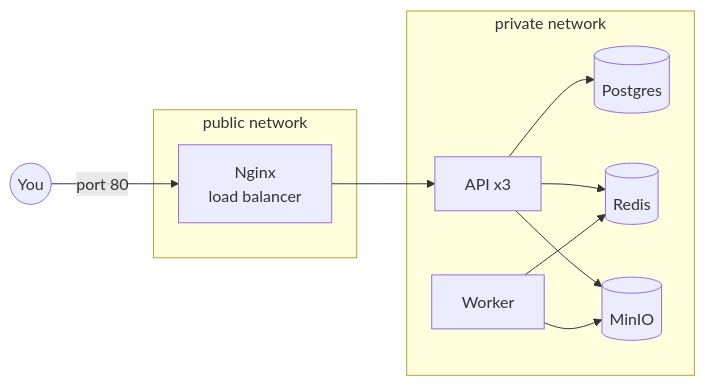
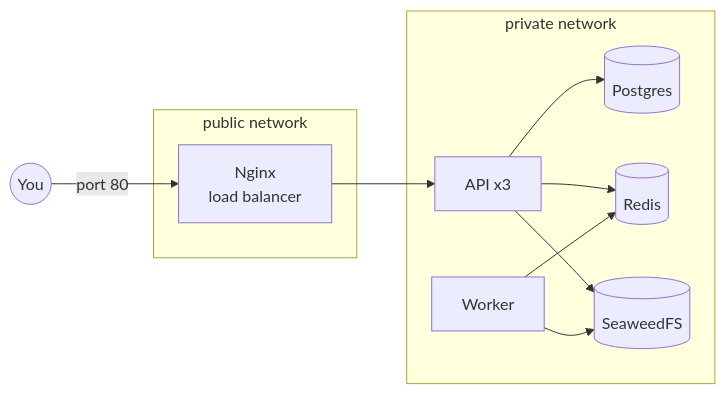
The diagram in docs/labs/00-setup.md (moncef2k/aws-local-lab), drawn with Mermaid before and after one commit. The commit also changed other lines of this file and 7 other files, not shown here.

Commit message:
AWSLAB-36 docs: lab 06 step 18 - S3 server and bucket bootstrap (SeaweedFS replaces MinIO)

````diff
--- a/docs/labs/00-setup.md
+++ b/docs/labs/00-setup.md
@@ -42,15 +42,15 @@
 ```mermaid
 flowchart LR
   you((You)) -->|port 80| lb[Nginx<br/>load balancer]
   subgraph public[public network]
     lb
   end
   subgraph private[private network]
     api[API x3] --> db[(Postgres)]
     api --> cache[(Redis)]
-    api --> s3[(MinIO)]
+    api --> s3[(SeaweedFS)]
     worker[Worker] --> cache
     worker --> s3
   end
   lb --> api
 ```
````
